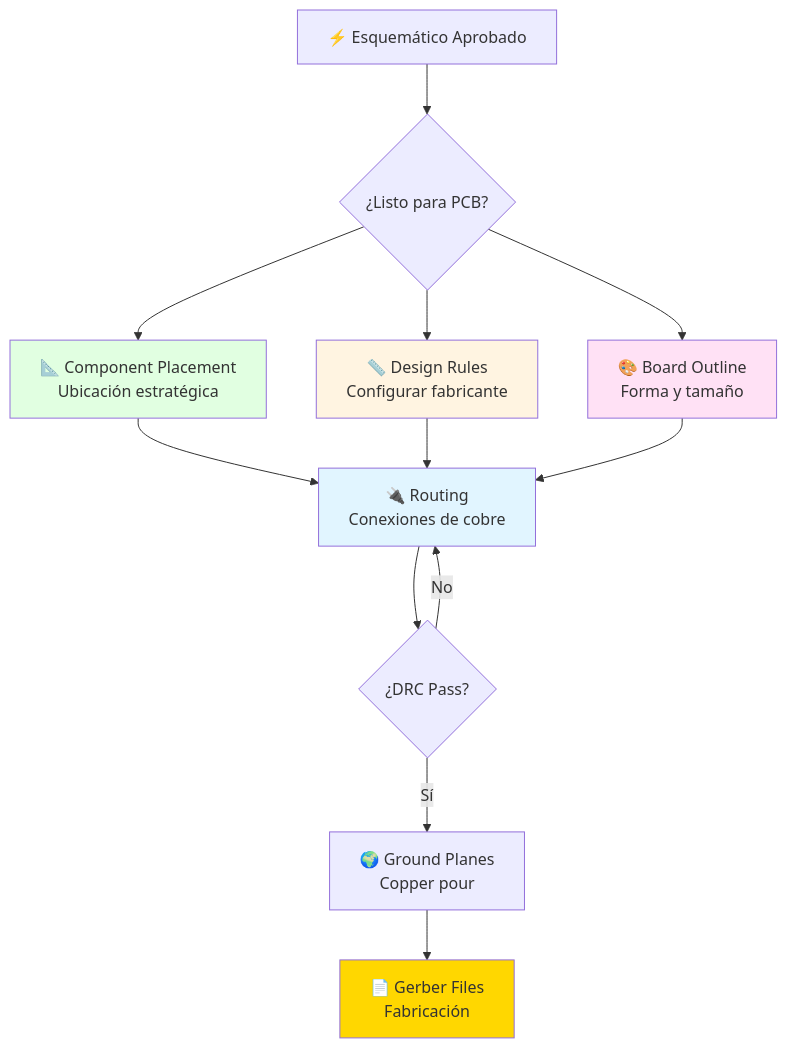
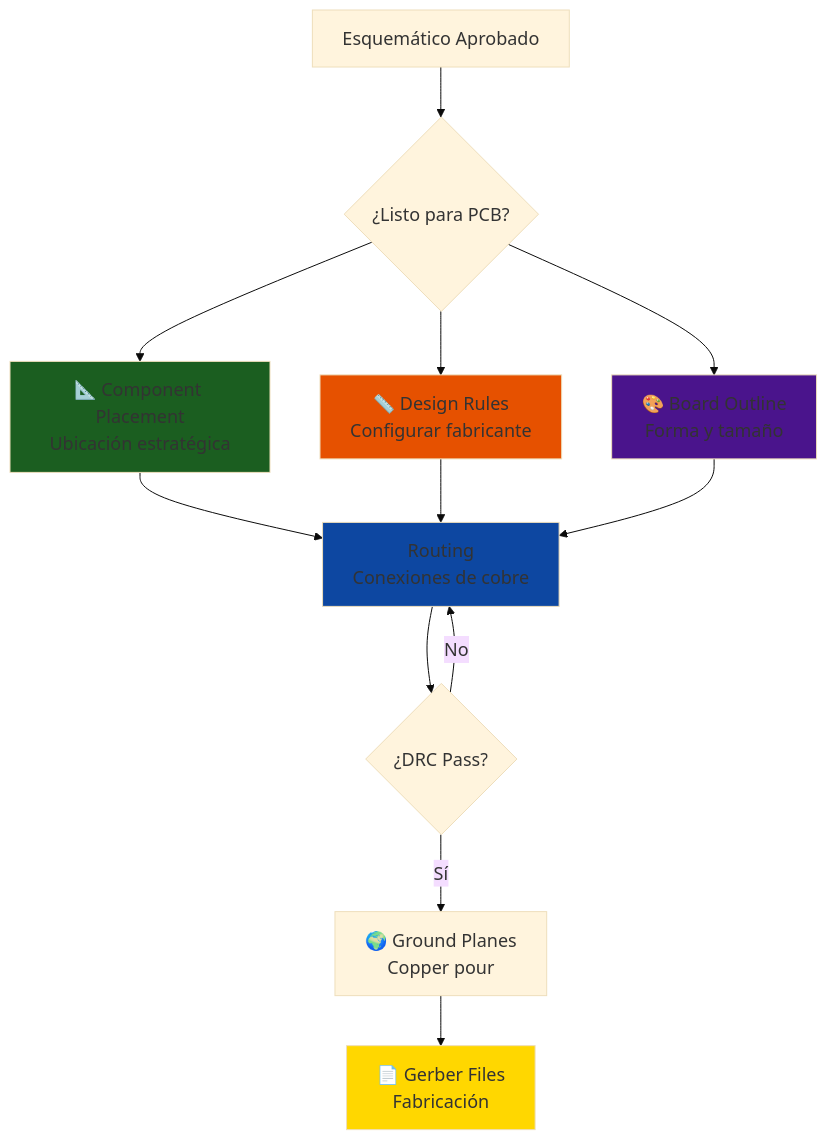
The second of 11 diagrams in courses/🟡-development/FPUNA-2026/02-ELECTRONICA-AUTOMATIZACION/02-diseno-pcb.md (Ai-Whisperers/Courses-Content), drawn with Mermaid before and after one commit. The commit also changed other lines of this file and 47 other files, not shown here.

First line of the commit message:
fix: Make all 473 diagrams WCAG AAA accessible (FPUNA-2026)

````diff
--- a/courses/🟡-development/FPUNA-2026/02-ELECTRONICA-AUTOMATIZACION/02-diseno-pcb.md
+++ b/courses/🟡-development/FPUNA-2026/02-ELECTRONICA-AUTOMATIZACION/02-diseno-pcb.md
@@ -60,24 +61,25 @@
 ```mermaid
+%%{init: {'theme':'base', 'themeVariables': {'fontSize':'18px'}}}%%
 graph TD
-    Start[⚡ Esquemático Aprobado] --> Q{¿Listo para PCB?}
+    Start[Esquemático Aprobado] --> Q{¿Listo para PCB?}
     
     Q --> A[📐 Component Placement<br/>Ubicación estratégica]
     Q --> B[📏 Design Rules<br/>Configurar fabricante]
     Q --> C[🎨 Board Outline<br/>Forma y tamaño]
     
-    A --> D[🔌 Routing<br/>Conexiones de cobre]
+    A --> D[Routing<br/>Conexiones de cobre]
     B --> D
     C --> D
     
     D --> E{¿DRC Pass?}
     E -->|No| D
     E -->|Sí| F[🌍 Ground Planes<br/>Copper pour]
     
     F --> G[📄 Gerber Files<br/>Fabricación]
     
-    style A fill:#E1FFE1
-    style B fill:#FFF4E1
-    style C fill:#FFE1F5
-    style D fill:#E1F5FF
+    style A fill:#1b5e20
+    style B fill:#e65100
+    style C fill:#4a148c
+    style D fill:#0d47a1
     style G fill:#FFD700
 ```
````
